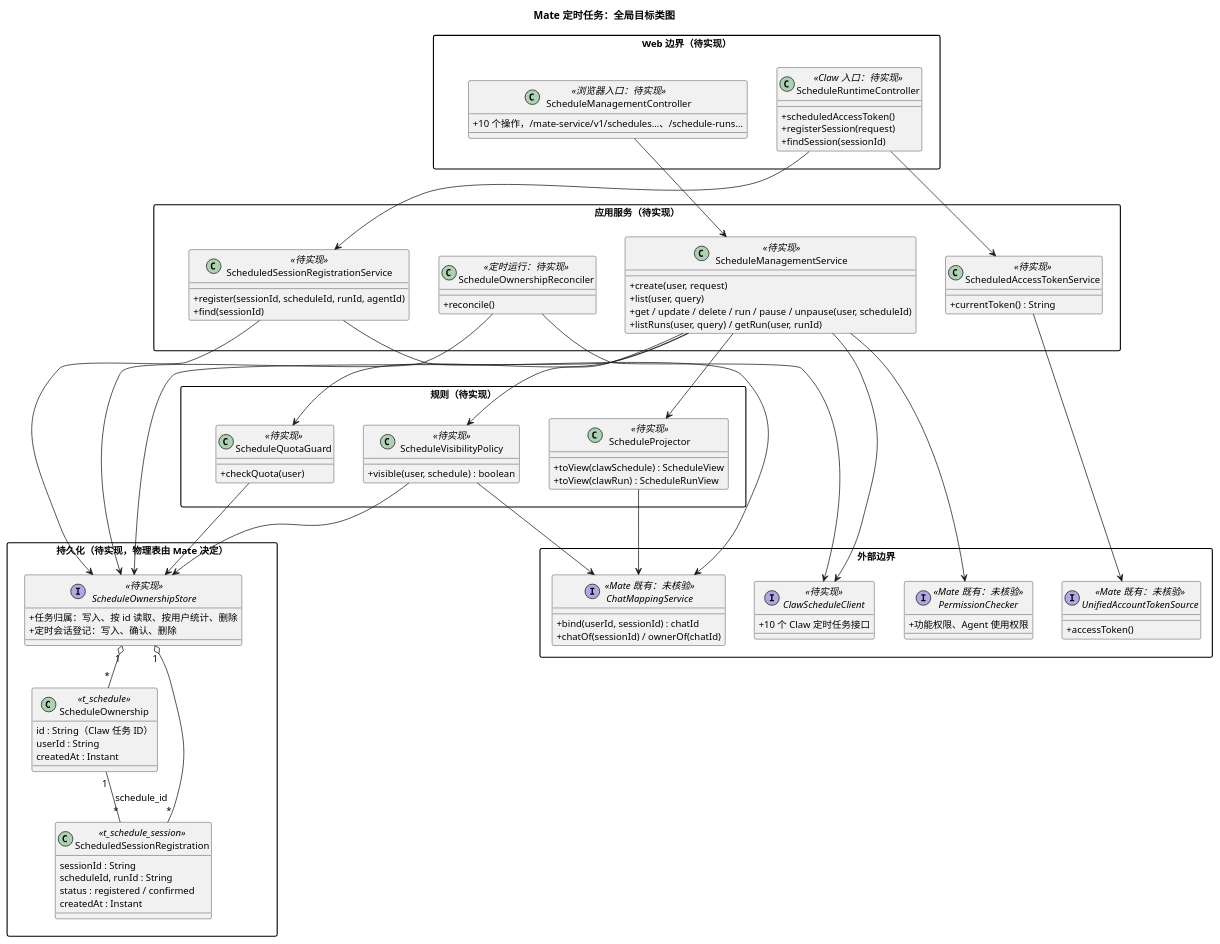
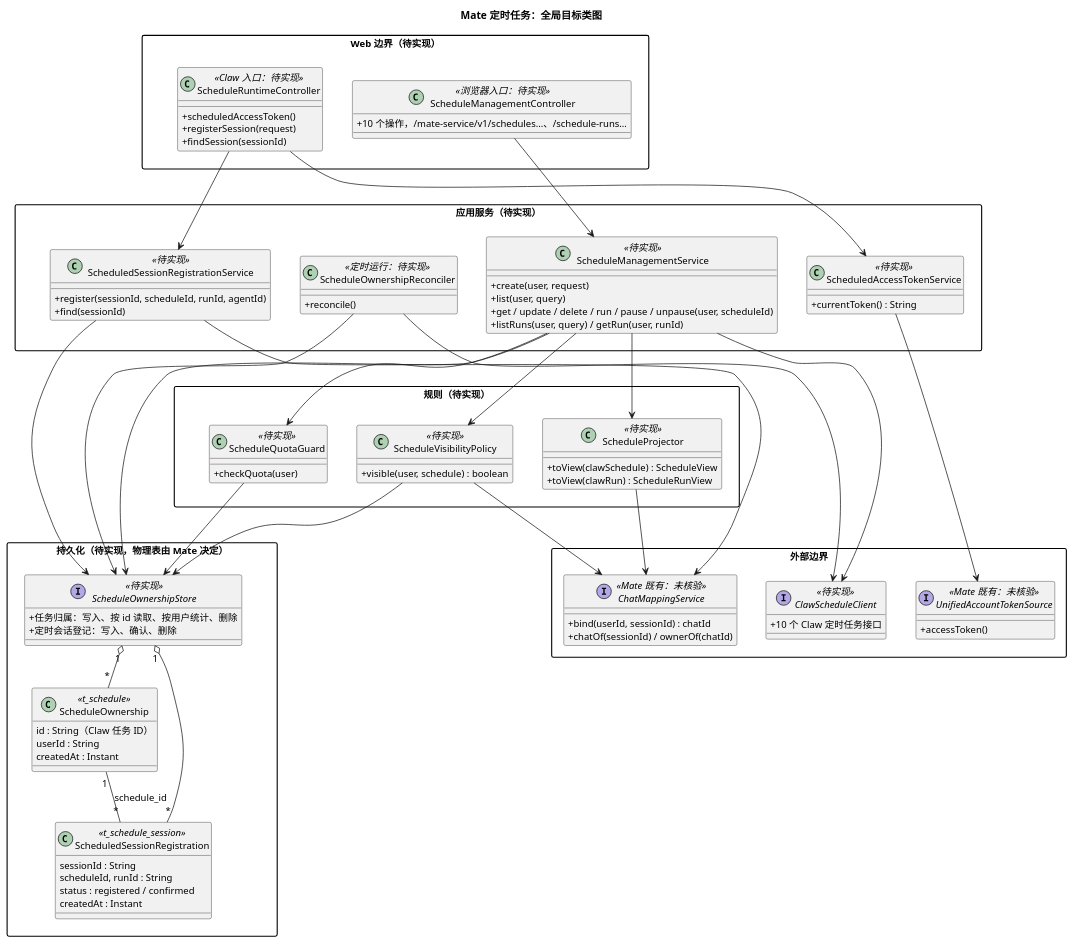
The fourth of 4 diagrams in 02-服务与接口/08-mate-service定时任务/diagram.puml (ssm0808/pi-mono-java-design), drawn with PlantUML before and after one commit. The commit also changed other lines of this file and 5 other files, not shown here.

First line of the commit message:
Mate 定时任务：权限由 Mate 框架按 access-token 检查，删除设计中的权限步骤

```diff
--- a/02-服务与接口/08-mate-service定时任务/diagram.puml
+++ b/02-服务与接口/08-mate-service定时任务/diagram.puml
@@ -127,115 +124,111 @@
 @startuml mate_schedule_architecture
 ' 目标：待实现；Mate 侧定时任务的全局目标类图。
-' mate-service 源码未核验：类名为目标命名，公司权限、Chat 映射与统一账号认证为 Mate 既有能力的抽象，接入方式待实现时核对。
+' mate-service 源码未核验：类名为目标命名，Chat 映射与统一账号认证为 Mate 既有能力的抽象；用户权限由 Mate 框架按 access-token 检查，不在图中，接入方式待实现时核对。
 ' Claw 侧契约：01-总体架构/08-CampusClaw定时任务/README.md 0.66.0 第 4 章与第 4.8 节。
 title Mate 定时任务：全局目标类图
 skinparam backgroundColor white
 skinparam defaultFontSize 13
 skinparam classAttributeIconSize 0
 skinparam packageStyle rectangle
 skinparam nodesep 40
 skinparam ranksep 50
 
 package "Web 边界（待实现）" as WebPkg {
   class ScheduleManagementController <<浏览器入口：待实现>> {
     + 10 个操作，/mate-service/v1/schedules…、/schedule-runs…
   }
   class ScheduleRuntimeController <<Claw 入口：待实现>> {
     + scheduledAccessToken()
     + registerSession(request)
     + findSession(sessionId)
   }
 }
 
 package "应用服务（待实现）" as AppPkg {
   class ScheduleManagementService <<待实现>> {
     + create(user, request)
     + list(user, query)
     + get / update / delete / run / pause / unpause(user, scheduleId)
     + listRuns(user, query) / getRun(user, runId)
   }
   class ScheduledSessionRegistrationService <<待实现>> {
     + register(sessionId, scheduleId, runId, agentId)
     + find(sessionId)
   }
   class ScheduledAccessTokenService <<待实现>> {
     + currentToken() : String
   }
   class ScheduleOwnershipReconciler <<定时运行：待实现>> {
     + reconcile()
   }
 }
 
 package "规则（待实现）" as RulePkg {
   class ScheduleVisibilityPolicy <<待实现>> {
     + visible(user, schedule) : boolean
   }
   class ScheduleQuotaGuard <<待实现>> {
     + checkQuota(user)
   }
   class ScheduleProjector <<待实现>> {
     + toView(clawSchedule) : ScheduleView
     + toView(clawRun) : ScheduleRunView
   }
 }
 
 package "持久化（待实现，物理表由 Mate 决定）" as StorePkg {
   interface ScheduleOwnershipStore <<待实现>> {
     + 任务归属：写入、按 id 读取、按用户统计、删除
     + 定时会话登记：写入、确认、删除
   }
 
   class ScheduleOwnership <<t_schedule>> {
     id : String（Claw 任务 ID）
     userId : String
     createdAt : Instant
   }
   class ScheduledSessionRegistration <<t_schedule_session>> {
     sessionId : String
     scheduleId, runId : String
     status : registered / confirmed
     createdAt : Instant
   }
 }
 
 package "外部边界" as ExtPkg {
   interface ClawScheduleClient <<待实现>> {
     + 10 个 Claw 定时任务接口
   }
-  interface PermissionChecker <<Mate 既有：未核验>> {
-    + 功能权限、Agent 使用权限
-  }
   interface ChatMappingService <<Mate 既有：未核验>> {
     + bind(userId, sessionId) : chatId
     + chatOf(sessionId) / ownerOf(chatId)
   }
   interface UnifiedAccountTokenSource <<Mate 既有：未核验>> {
     + accessToken()
   }
 }
 
 ScheduleManagementController --> ScheduleManagementService
 ScheduleRuntimeController --> ScheduledSessionRegistrationService
 ScheduleRuntimeController --> ScheduledAccessTokenService
-ScheduleManagementService --> PermissionChecker
 ScheduleManagementService --> ScheduleVisibilityPolicy
 ScheduleManagementService --> ScheduleQuotaGuard
 ScheduleManagementService --> ScheduleProjector
 ScheduleManagementService --> ClawScheduleClient
 ScheduleManagementService --> ScheduleOwnershipStore
 ScheduleVisibilityPolicy --> ScheduleOwnershipStore
 ScheduleVisibilityPolicy --> ChatMappingService
 ScheduleQuotaGuard --> ScheduleOwnershipStore
 ScheduleProjector --> ChatMappingService
 ScheduledSessionRegistrationService --> ScheduleOwnershipStore
 ScheduledSessionRegistrationService --> ChatMappingService
 ScheduledAccessTokenService --> UnifiedAccountTokenSource
 ScheduleOwnershipReconciler --> ScheduleOwnershipStore
 ScheduleOwnershipReconciler --> ClawScheduleClient
 ScheduleOwnershipStore "1" o-- "*" ScheduleOwnership
 ScheduleOwnershipStore "1" o-- "*" ScheduledSessionRegistration
 ScheduleOwnership "1" -- "*" ScheduledSessionRegistration : schedule_id
 WebPkg -[hidden]down- AppPkg
 AppPkg -[hidden]down- RulePkg
 RulePkg -[hidden]down- StorePkg
 @enduml
```
